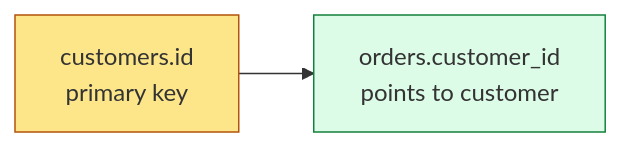
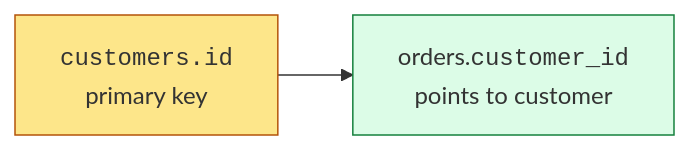
One commit to dataslope/dataslope changed the second of 11 diagrams in content/learn/sqlite-for-beginners/relationships-intro.mdx. Above: the diagram before and after it, drawn with Mermaid. The commit also changed other lines of this file and 218 other files, not shown here.

First line of the commit message:
Render code-only mermaid shapes in monospace; convert step sequences to Steps (#467)

````diff
--- a/content/learn/sqlite-for-beginners/relationships-intro.mdx
+++ b/content/learn/sqlite-for-beginners/relationships-intro.mdx
@@ -35,6 +35,6 @@
 ```mermaid
 flowchart LR
-    C["customers.id<br/>primary key"]:::pk --> O["orders.customer_id<br/>points to customer"]:::fk
+    C["<code>customers.id</code><br/>primary key"]:::pk --> O["orders.<code>customer_id</code><br/>points to customer"]:::fk
     classDef pk fill:#fde68a,stroke:#b45309
     classDef fk fill:#dcfce7,stroke:#15803d
 ```
````
